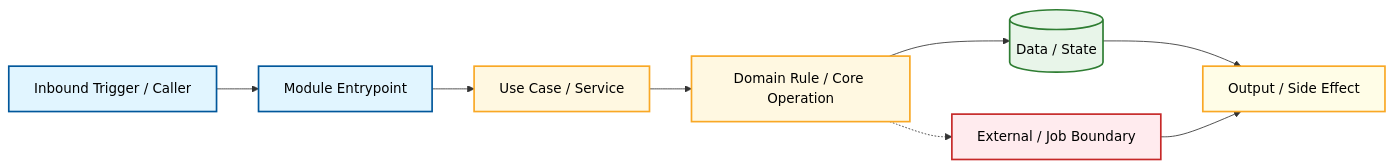
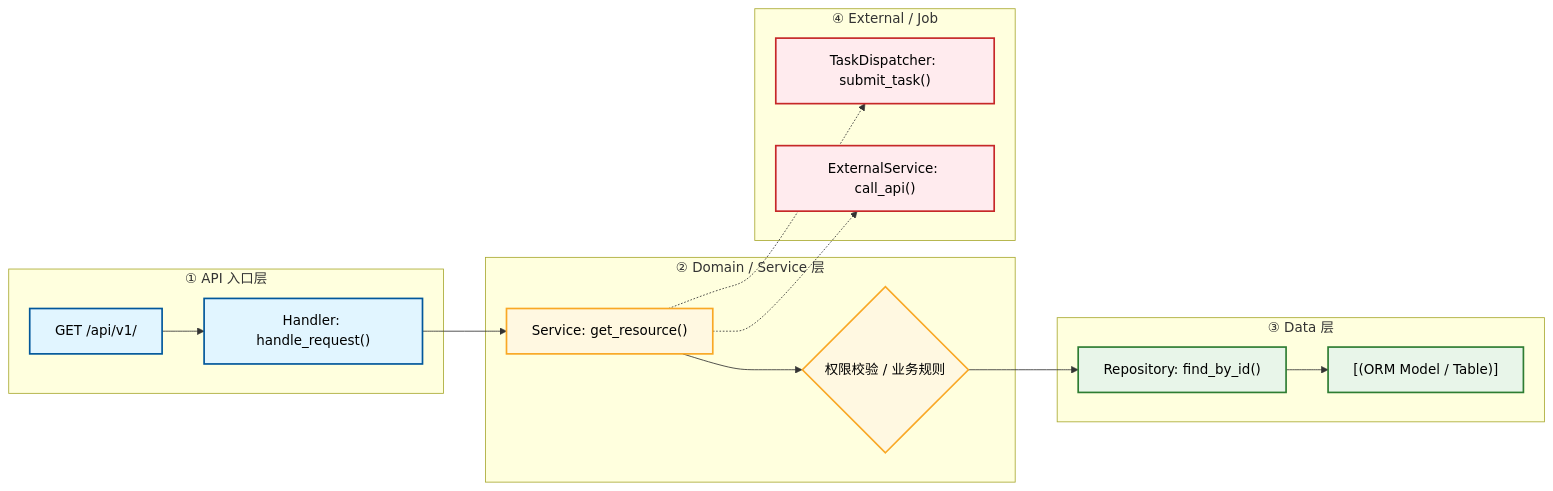
Before and after one commit to Shadow-linux/agent-loop: the first of 2 diagrams in templates/onboarding-db/module-template.md, drawn with Mermaid. The commit also changed other lines of this file and 6 other files, not shown here.

First line of the commit message:
feat(v1.2.0): 强化 onboarding scan 图强制性与完整性

````diff
--- a/templates/onboarding-db/module-template.md
+++ b/templates/onboarding-db/module-template.md
@@ -22,28 +22,38 @@
 ```mermaid
 flowchart LR
-  Caller["Inbound Trigger / Caller"]
-  Entry["Module Entrypoint"]
-  UseCase["Use Case / Service"]
-  Domain["Domain Rule / Core Operation"]
-  Data[(Data / State)]
-  External["External / Job Boundary"]
-  Output["Output / Side Effect"]
+  subgraph API["① API 入口层"]
+    ROUTE["GET /api/v1/<resource>"]
+    HANDLER["Handler: handle_request()"]
+  end
 
-  Caller --> Entry --> UseCase --> Domain
-  Domain --> Data
-  Domain -.-> External
-  Data --> Output
-  External --> Output
+  subgraph Domain["② Domain / Service 层"]
+    SERVICE["<Resource>Service: get_resource()"]
+    DOMAIN_RULE{"权限校验 / 业务规则"}
+  end
+
+  subgraph Data["③ Data 层"]
+    REPO["<Resource>Repository: find_by_id()"]
+    MODEL["[(ORM Model / Table)]"]
+  end
+
+  subgraph External["④ External / Job"]
+    TASK["TaskDispatcher: submit_task()"]
+    EXT["ExternalService: call_api()"]
+  end
+
+  ROUTE --> HANDLER --> SERVICE --> DOMAIN_RULE
+  DOMAIN_RULE --> REPO --> MODEL
+  SERVICE -.-> TASK
+  SERVICE -.-> EXT
 
   classDef api fill:#e1f5ff,stroke:#01579b,stroke-width:2px,color:#000
   classDef domain fill:#fff8e1,stroke:#f9a825,stroke-width:2px,color:#000
   classDef db fill:#e8f5e9,stroke:#2e7d32,stroke-width:2px,color:#000
   classDef external fill:#ffebee,stroke:#c62828,stroke-width:2px,color:#000
   classDef state fill:#fffde7,stroke:#f9a825,stroke-width:2px,color:#000
 
-  class Caller,Entry api
-  class UseCase,Domain domain
-  class Data db
-  class External external
-  class Output state
+  class ROUTE,HANDLER api
+  class SERVICE,DOMAIN_RULE domain
+  class REPO,MODEL db
+  class TASK,EXT external
 ```
````
